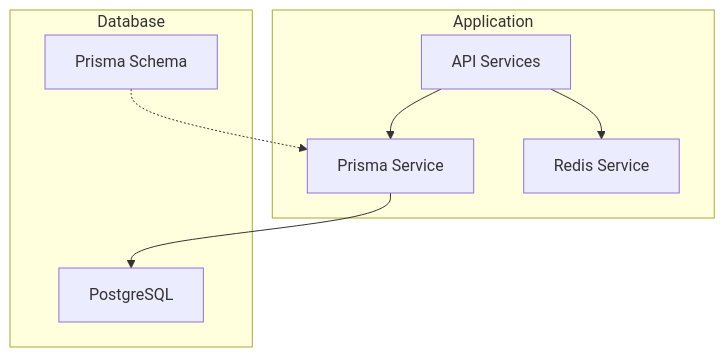
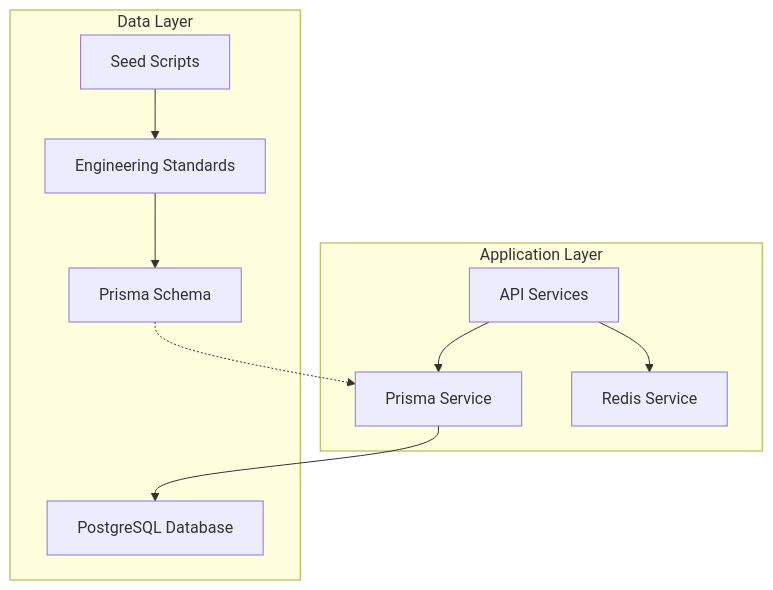
Before and after one commit to Avi-Bendetsky/Quiz-to-build: the first of 6 diagrams in .qoder/repowiki/en/content/Data Models and Database Schema.md, drawn with Mermaid. The commit also changed other lines of this file and 41 other files, not shown here.

````diff
--- a/.qoder/repowiki/en/content/Data Models and Database Schema.md
+++ b/.qoder/repowiki/en/content/Data Models and Database Schema.md
@@ -43,16 +48,20 @@
 ```mermaid
 graph TB
-subgraph "Application"
+subgraph "Application Layer"
 API["API Services"]
 PRISMA["Prisma Service"]
 REDIS["Redis Service"]
 end
-subgraph "Database"
-PG["PostgreSQL"]
+subgraph "Data Layer"
+PG["PostgreSQL Database"]
 SCHEMA["Prisma Schema"]
+SEEDS["Seed Scripts"]
+STANDARDS["Engineering Standards"]
 end
 API --> PRISMA
 PRISMA --> PG
 API --> REDIS
 SCHEMA -.-> PRISMA
+SEEDS --> STANDARDS
+STANDARDS --> SCHEMA
 ```
````
